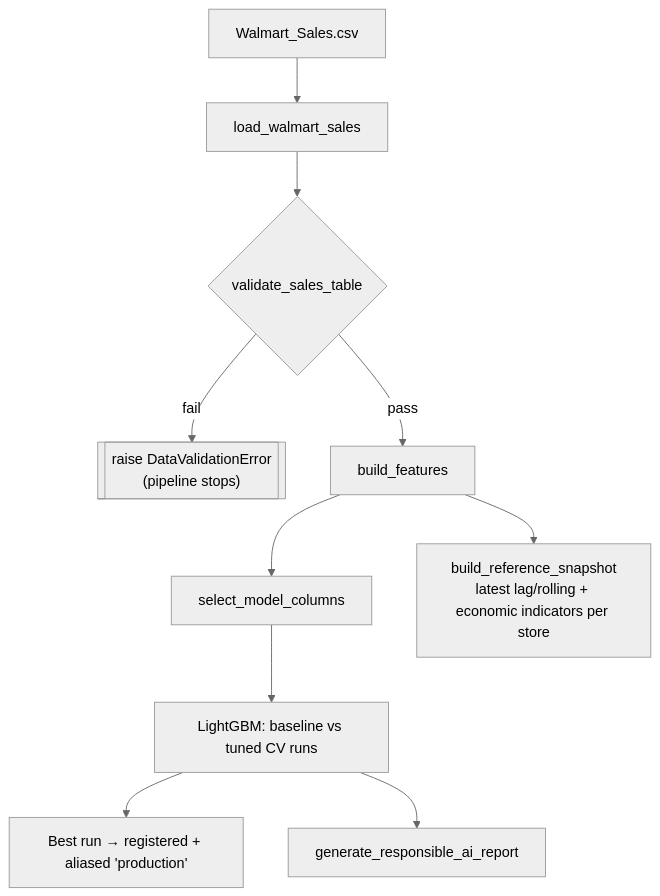
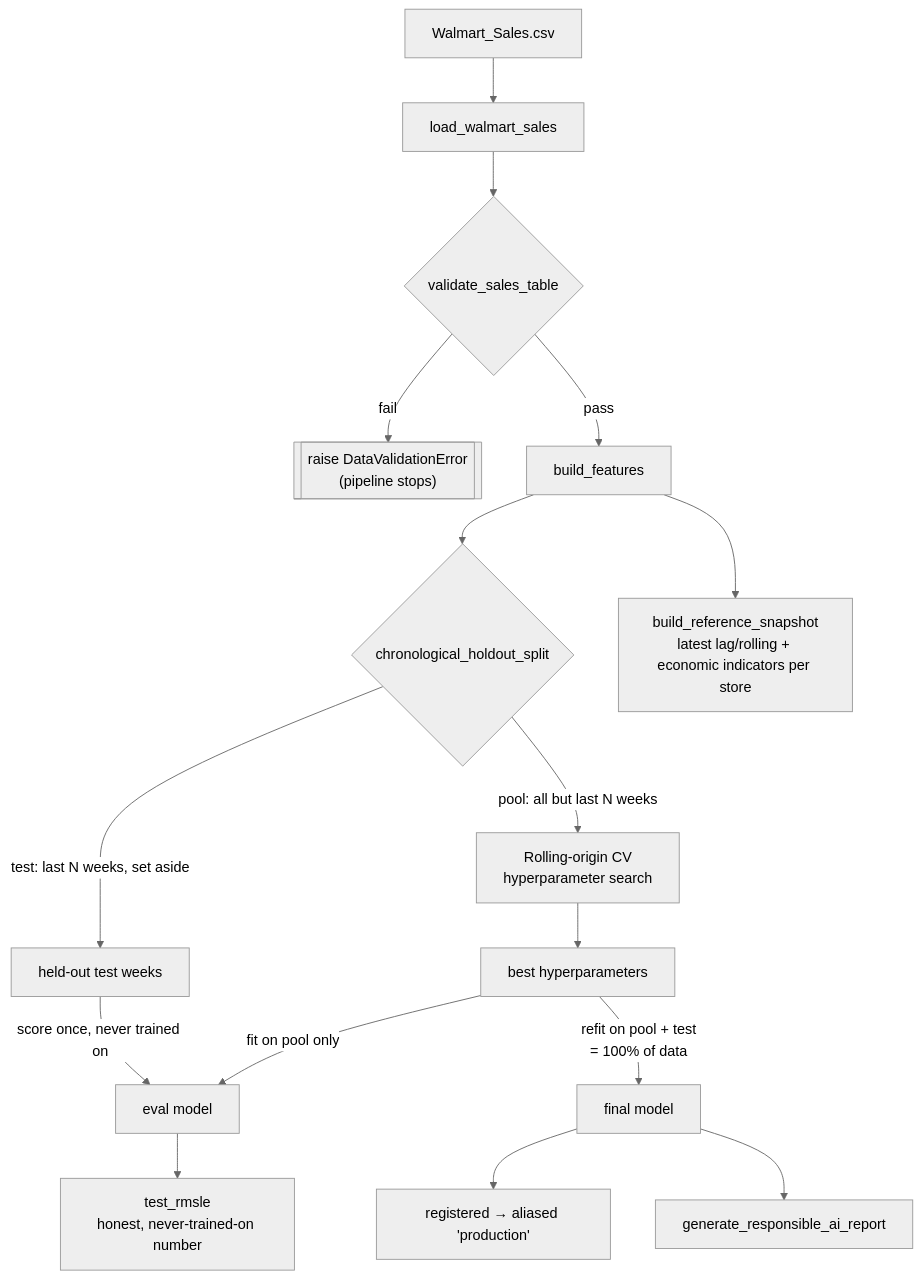
Before and after one commit to Group-4-FSB/group4-demand-forecasting: the second of 2 diagrams in ARCHITECTURE.md, drawn with Mermaid (neutral theme). The commit also changed other lines of this file and 4 other files, not shown here.

Commit message:
docs: add comprehensive user guide, problem definition, and responsible AI documentation while updating architecture details.

````diff
--- a/ARCHITECTURE.md
+++ b/ARCHITECTURE.md
@@ -58,12 +58,18 @@
 ```mermaid
 flowchart TD
     A[Walmart_Sales.csv] --> M[load_walmart_sales]
     M --> V{validate_sales_table}
     V -- fail --> X[["raise DataValidationError\n(pipeline stops)"]]
     V -- pass --> F[build_features]
-    F --> S[select_model_columns]
-    S --> T[LightGBM: baseline vs tuned CV runs]
-    T --> BEST[Best run → registered + aliased 'production']
+    F --> SPLIT{chronological_holdout_split}
+    SPLIT -->|pool: all but last N weeks| POOL[Rolling-origin CV\nhyperparameter search]
+    SPLIT -->|test: last N weeks, set aside| TESTWEEKS[held-out test weeks]
+    POOL --> BESTPARAMS[best hyperparameters]
+    BESTPARAMS -->|fit on pool only| EVALMODEL[eval model]
+    TESTWEEKS -->|score once, never trained on| EVALMODEL
+    EVALMODEL --> TESTMETRIC[test_rmsle\nhonest, never-trained-on number]
+    BESTPARAMS -->|refit on pool + test\n= 100% of data| FINAL[final model]
+    FINAL --> BEST[registered → aliased 'production']
     F --> SNAP[build_reference_snapshot\nlatest lag/rolling + economic indicators per store]
-    T --> RAI[generate_responsible_ai_report]
+    FINAL --> RAI[generate_responsible_ai_report]
 ```
````
